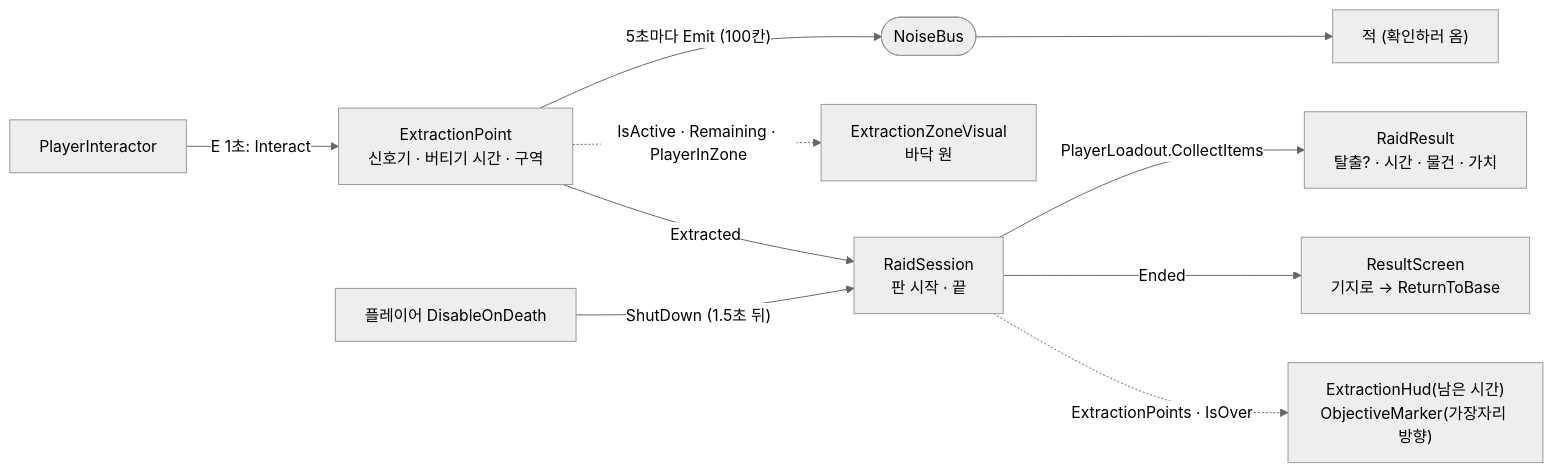
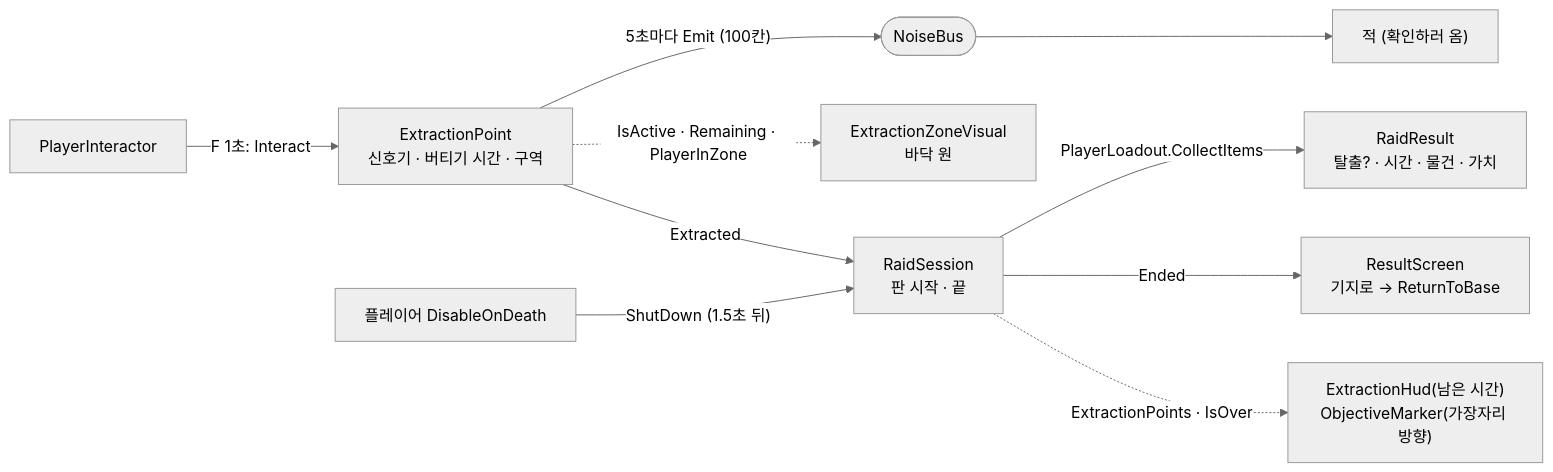
Before and after one commit to odyo0/project_dust_scrapper: the sixth of 10 diagrams in docs/코드-구조.md, drawn with Mermaid (neutral theme). The commit also changed other lines of this file and 24 other files, not shown here.

````diff
--- a/docs/코드-구조.md
+++ b/docs/코드-구조.md
@@ -253,11 +253,11 @@
 ```mermaid
 flowchart LR
-    PI["PlayerInteractor"] -- "E 1초: Interact" --> EP["ExtractionPoint<br/>신호기 · 버티기 시간 · 구역"]
+    PI["PlayerInteractor"] -- "F 1초: Interact" --> EP["ExtractionPoint<br/>신호기 · 버티기 시간 · 구역"]
     EP -- "5초마다 Emit (100칸)" --> BUS(["NoiseBus"]) --> EN["적 (확인하러 옴)"]
     EP -. "IsActive · Remaining · PlayerInZone" .-> ZV["ExtractionZoneVisual<br/>바닥 원"]
     EP -- "Extracted" --> RS["RaidSession<br/>판 시작 · 끝"]
     DOD["플레이어 DisableOnDeath"] -- "ShutDown (1.5초 뒤)" --> RS
     RS -- "PlayerLoadout.CollectItems" --> RR["RaidResult<br/>탈출? · 시간 · 물건 · 가치"]
     RS -- "Ended" --> RES["ResultScreen<br/>기지로 → ReturnToBase"]
     RS -. "ExtractionPoints · IsOver" .-> HUD["ExtractionHud(남은 시간)<br/>ObjectiveMarker(가장자리 방향)"]
 ```
````
